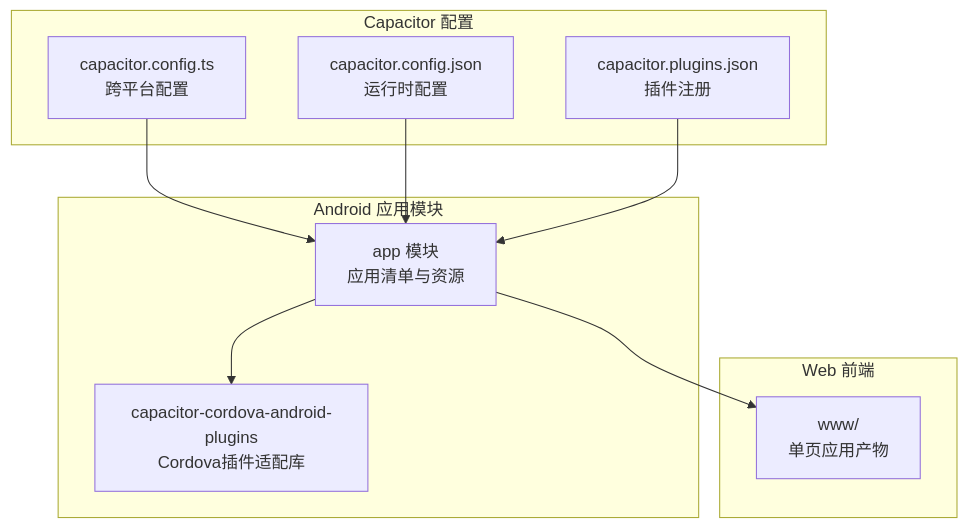
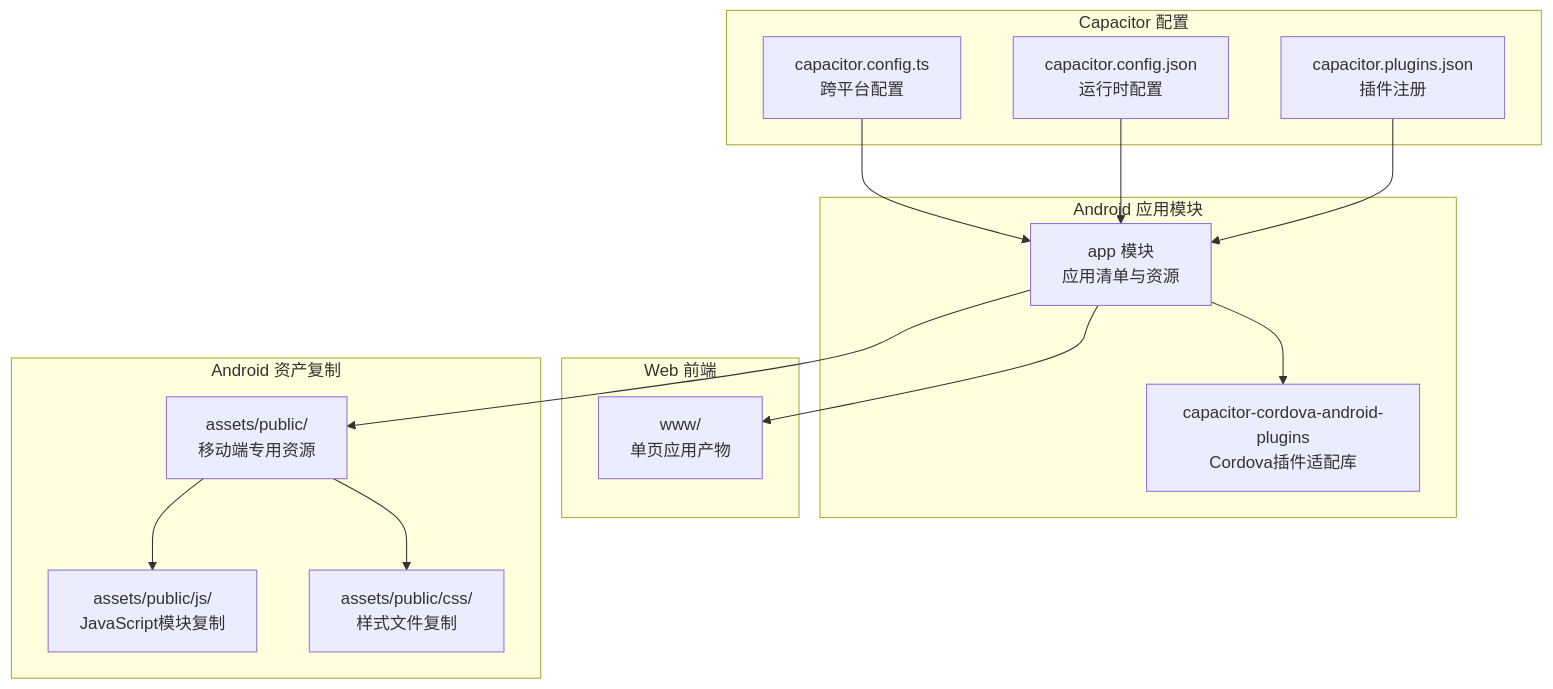
One commit to KAGUYA284/anima-list changed the first of 8 diagrams in .qoder/repowiki/zh/content/技术架构/Android平台集成.md. Above: the diagram before and after it, drawn with Mermaid. The commit also changed other lines of this file and 17 other files, not shown here.

````diff
--- a/.qoder/repowiki/zh/content/技术架构/Android平台集成.md
+++ b/.qoder/repowiki/zh/content/技术架构/Android平台集成.md
@@ -45,20 +64,28 @@
 ```mermaid
 graph TB
 subgraph "Android 应用模块"
 A["app 模块<br/>应用清单与资源"]
 B["capacitor-cordova-android-plugins<br/>Cordova插件适配库"]
 end
 subgraph "Capacitor 配置"
 C["capacitor.config.ts<br/>跨平台配置"]
 D["capacitor.config.json<br/>运行时配置"]
 E["capacitor.plugins.json<br/>插件注册"]
 end
 subgraph "Web 前端"
 F["www/<br/>单页应用产物"]
 end
+subgraph "Android 资产复制"
+G["assets/public/<br/>移动端专用资源"]
+H["assets/public/js/<br/>JavaScript模块复制"]
+I["assets/public/css/<br/>样式文件复制"]
+end
 C --> A
 D --> A
 E --> A
 A --> F
 A --> B
+A --> G
+G --> H
+G --> I
 ```
````
